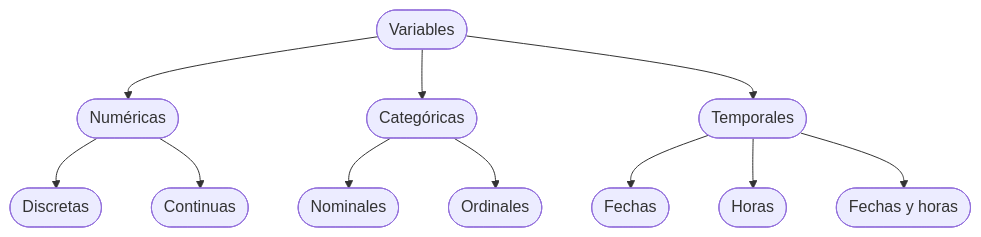
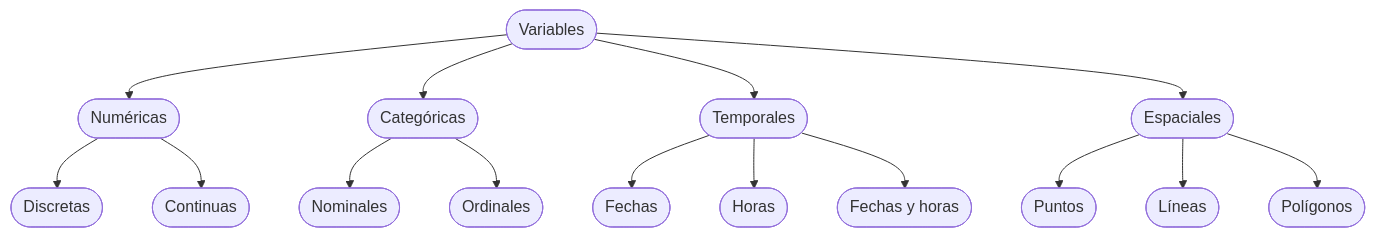
Before and after one commit to gf0657-programacionsig/2026-ii: the diagram in contenidos/i-introduccion-ciencia-datos-programacion/01-introduccion-ciencia-datos.md, drawn with Mermaid. The commit also changed other lines of this file, not shown here.

First line of the commit message:
Agrega las variables espaciales a la jerarquía de tipos

````diff
--- a/contenidos/i-introduccion-ciencia-datos-programacion/01-introduccion-ciencia-datos.md
+++ b/contenidos/i-introduccion-ciencia-datos-programacion/01-introduccion-ciencia-datos.md
@@ -145,13 +145,17 @@
 ```{mermaid}
 flowchart TD
   V([Variables]) --> N([Numéricas])
   V --> C([Categóricas])
   V --> T([Temporales])
   N --> ND([Discretas])
   N --> NC([Continuas])
   C --> CN([Nominales])
   C --> CO([Ordinales])
   T --> TF([Fechas])
   T --> TH([Horas])
   T --> TFH([Fechas y horas])
+  V --> E([Espaciales])
+  E --> EP([Puntos])
+  E --> EL([Líneas])
+  E --> EPO([Polígonos])
 ```
````
